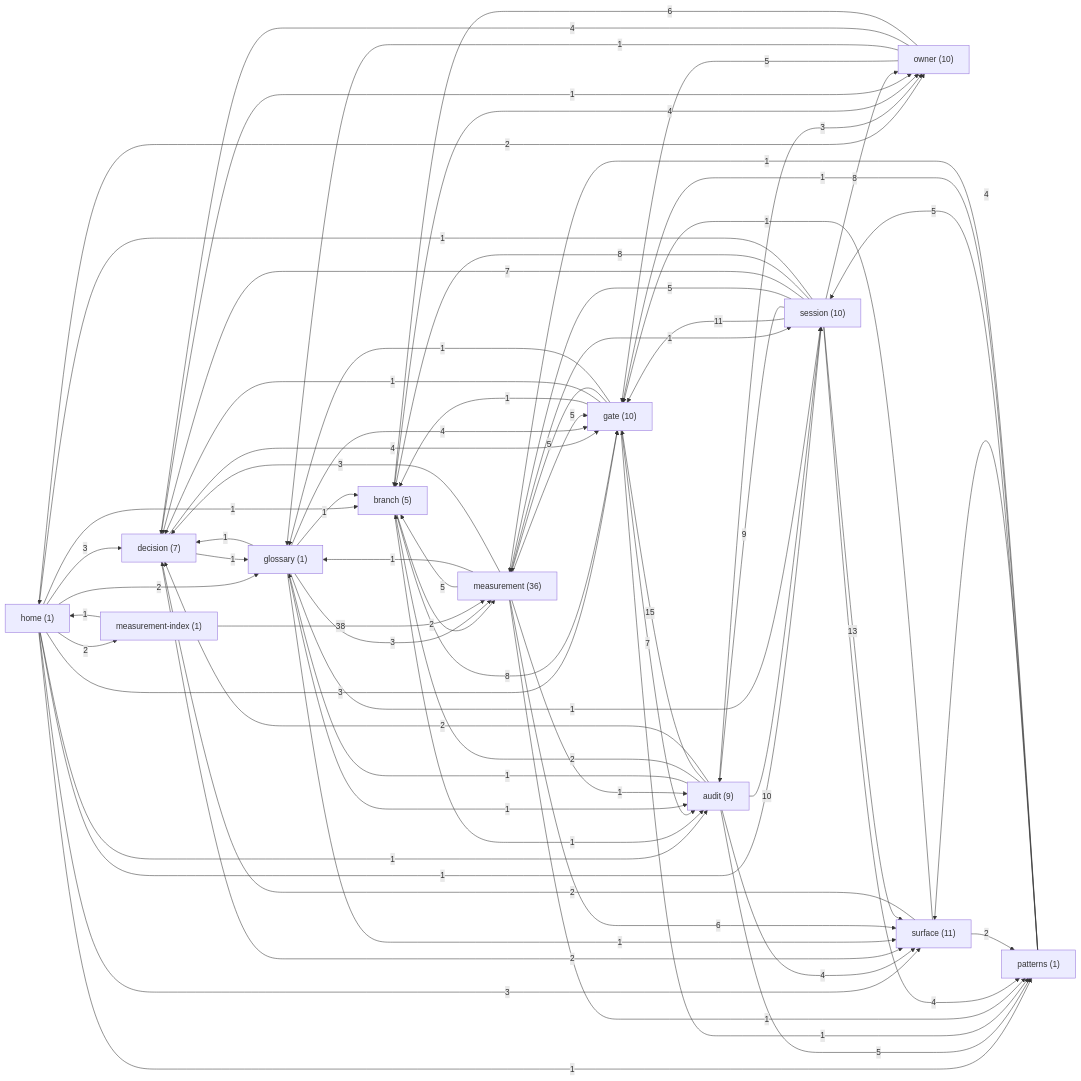
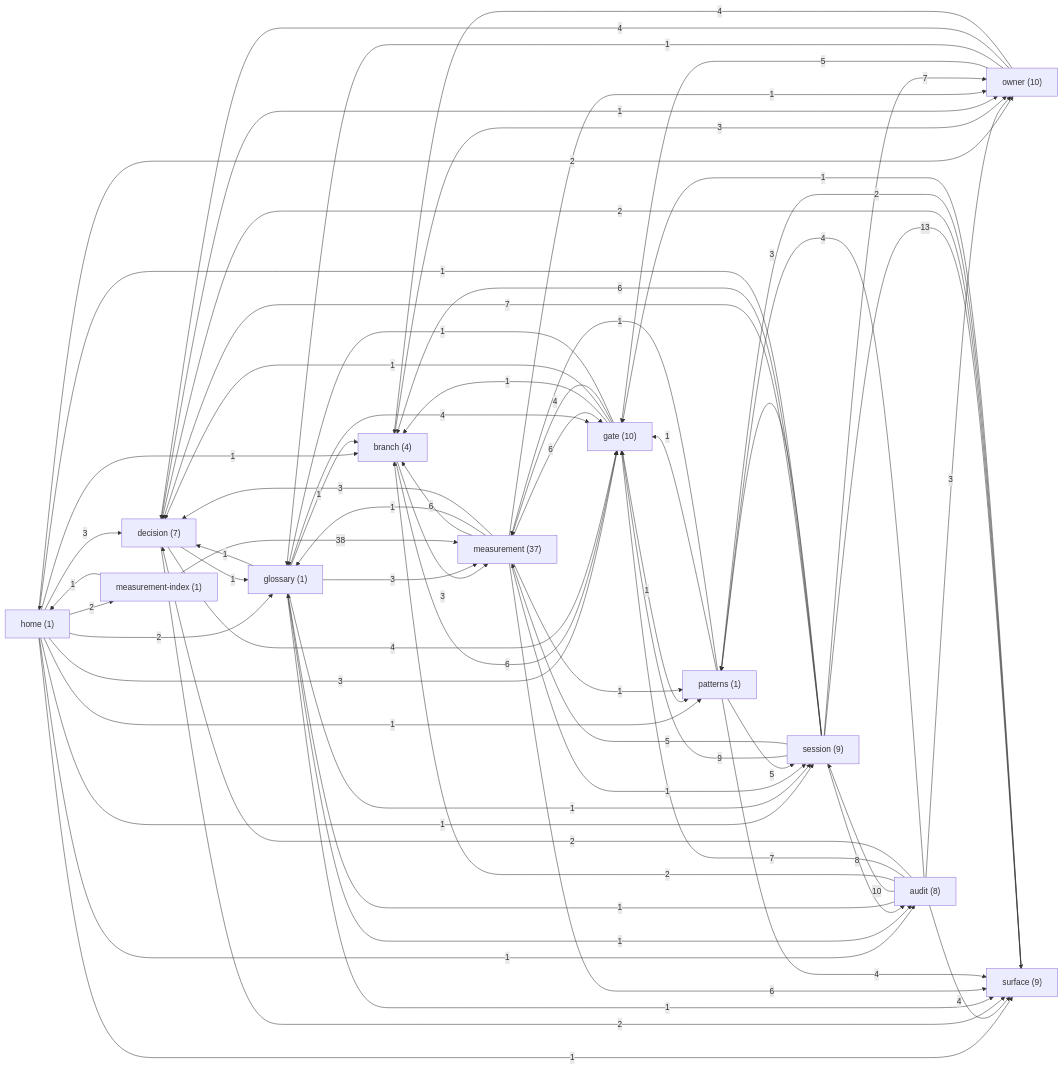
One commit to sergey9519546/STORYMACHINE changed the diagram in docs/brain/GRAPH.md. Above: the diagram before and after it, drawn with Mermaid. The commit also changed other lines of this file and 8 other files, not shown here.

````diff
--- a/docs/brain/GRAPH.md
+++ b/docs/brain/GRAPH.md
@@ -9,23 +9,23 @@
 ```mermaid
 graph LR
   home["home (1)"]
-  audit["audit (9)"]
-  branch["branch (5)"]
+  audit["audit (8)"]
+  branch["branch (4)"]
   decision["decision (7)"]
   gate["gate (10)"]
   glossary["glossary (1)"]
-  measurement["measurement (36)"]
+  measurement["measurement (37)"]
   measurement_index["measurement-index (1)"]
   owner["owner (10)"]
   patterns["patterns (1)"]
-  session["session (10)"]
-  surface["surface (11)"]
+  session["session (9)"]
+  surface["surface (9)"]
   home -->|3| decision
   home -->|2| glossary
   home -->|3| gate
   home -->|2| measurement_index
   home -->|2| owner
-  home -->|3| surface
+  home -->|1| surface
   home -->|1| session
   home -->|1| audit
   home -->|1| branch
@@ -33,23 +33,21 @@
   audit -->|1| glossary
   audit -->|10| session
   audit -->|2| branch
-  audit -->|15| gate
+  audit -->|7| gate
   audit -->|2| decision
-  audit -->|5| patterns
+  audit -->|4| patterns
   audit -->|3| owner
   audit -->|4| surface
-  branch -->|2| measurement
-  branch -->|8| gate
-  branch -->|1| audit
-  branch -->|4| owner
+  branch -->|3| measurement
+  branch -->|6| gate
+  branch -->|3| owner
   decision -->|1| glossary
   decision -->|4| gate
   decision -->|2| surface
   decision -->|1| owner
   gate -->|1| branch
-  gate -->|7| audit
   gate -->|1| decision
-  gate -->|5| measurement
+  gate -->|4| measurement
   gate -->|1| patterns
   gate -->|1| glossary
   glossary -->|1| branch
@@ -59,10 +57,10 @@
   glossary -->|1| session
   glossary -->|1| decision
   glossary -->|1| audit
-  measurement -->|5| branch
-  measurement -->|5| gate
+  measurement -->|6| branch
+  measurement -->|6| gate
   measurement -->|1| glossary
-  measurement -->|1| audit
+  measurement -->|1| owner
   measurement -->|1| session
   measurement -->|3| decision
   measurement -->|1| patterns
@@ -72,20 +70,20 @@
   owner -->|5| gate
   owner -->|1| glossary
   owner -->|4| decision
-  owner -->|6| branch
+  owner -->|4| branch
   patterns -->|5| session
   patterns -->|4| surface
   patterns -->|1| gate
   patterns -->|1| measurement
-  session -->|11| gate
-  session -->|9| audit
+  session -->|9| gate
+  session -->|8| audit
   session -->|5| measurement
   session -->|7| decision
   session -->|13| surface
-  session -->|8| branch
+  session -->|6| branch
   session -->|1| home
-  session -->|4| patterns
-  session -->|8| owner
+  session -->|3| patterns
+  session -->|7| owner
   surface -->|2| decision
   surface -->|2| patterns
   surface -->|1| gate
````
